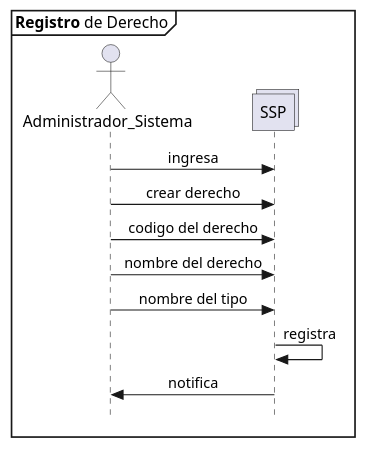
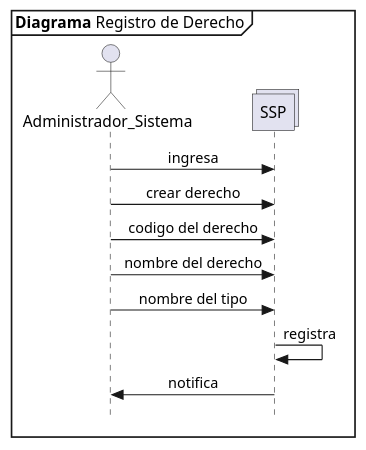
One commit to n1m0d0/defdiag changed the diagram in propuesta SSP/10 registro de derecho.plantuml. Above: the diagram before and after it, drawn with PlantUML. The commit also changed 14 other files, not shown here.

Commit message:
cambio de nombres de diagramas

```diff
--- a/propuesta SSP/10 registro de derecho.plantuml
+++ b/propuesta SSP/10 registro de derecho.plantuml
@@ -1,18 +1,18 @@
 @startuml Registrar_Derecho
 skinparam Style strictuml
 skinparam SequenceMessageAlignment center
 
-mainframe **Registro** de Derecho
+mainframe **Diagrama** Registro de Derecho
 
 actor Administrador_Sistema as admin
 collections SSP 
 
 admin -> SSP : ingresa
 admin -> SSP : crear derecho
 admin -> SSP : codigo del derecho
 admin -> SSP : nombre del derecho
 admin -> SSP : nombre del tipo
 SSP -> SSP : registra
 SSP -> admin : notifica 
 
 @enduml
```
